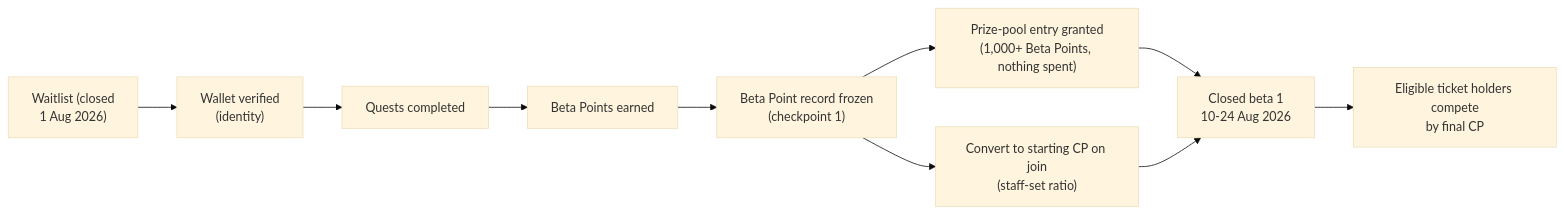
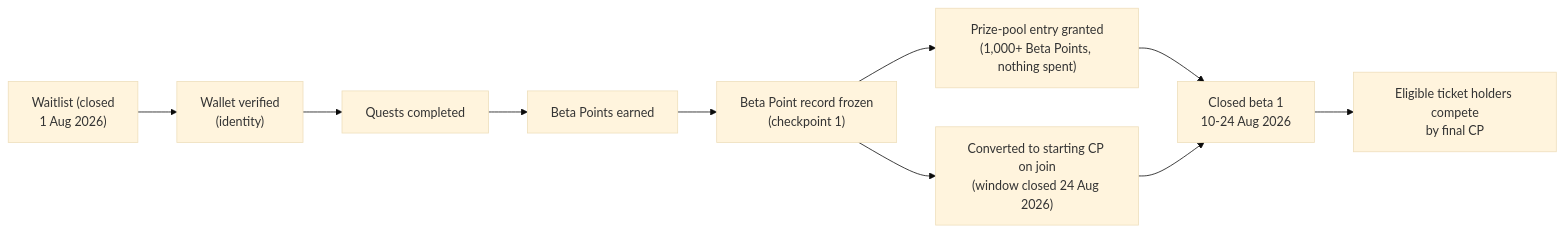
One commit to aiclawarena/ai-clawarena-public changed the diagram in docs/waitlist.md. Above: the diagram before and after it, drawn with Mermaid (base theme). The commit also changed other lines of this file and 62 other files, not shown here.

````diff
--- a/docs/waitlist.md
+++ b/docs/waitlist.md
@@ -30,12 +27,12 @@
 ```mermaid
 flowchart LR
     Join["Waitlist (closed<br/>1 Aug 2026)"] --> Wallet["Wallet verified<br/>(identity)"]
     Wallet --> Quests["Quests completed"]
     Quests --> Points["Beta Points earned"]
     Points --> Freeze["Beta Point record frozen<br/>(checkpoint 1)"]
     Freeze --> Ticket["Prize-pool entry granted<br/>(1,000+ Beta Points, nothing spent)"]
-    Freeze --> Start["Convert to starting CP on join<br/>(staff-set ratio)"]
+    Freeze --> Start["Converted to starting CP on join<br/>(window closed 24 Aug 2026)"]
     Ticket --> Beta["Closed beta 1<br/>10-24 Aug 2026"]
     Start --> Beta
     Beta --> Pool["Eligible ticket holders compete<br/>by final CP"]
 ```
````
